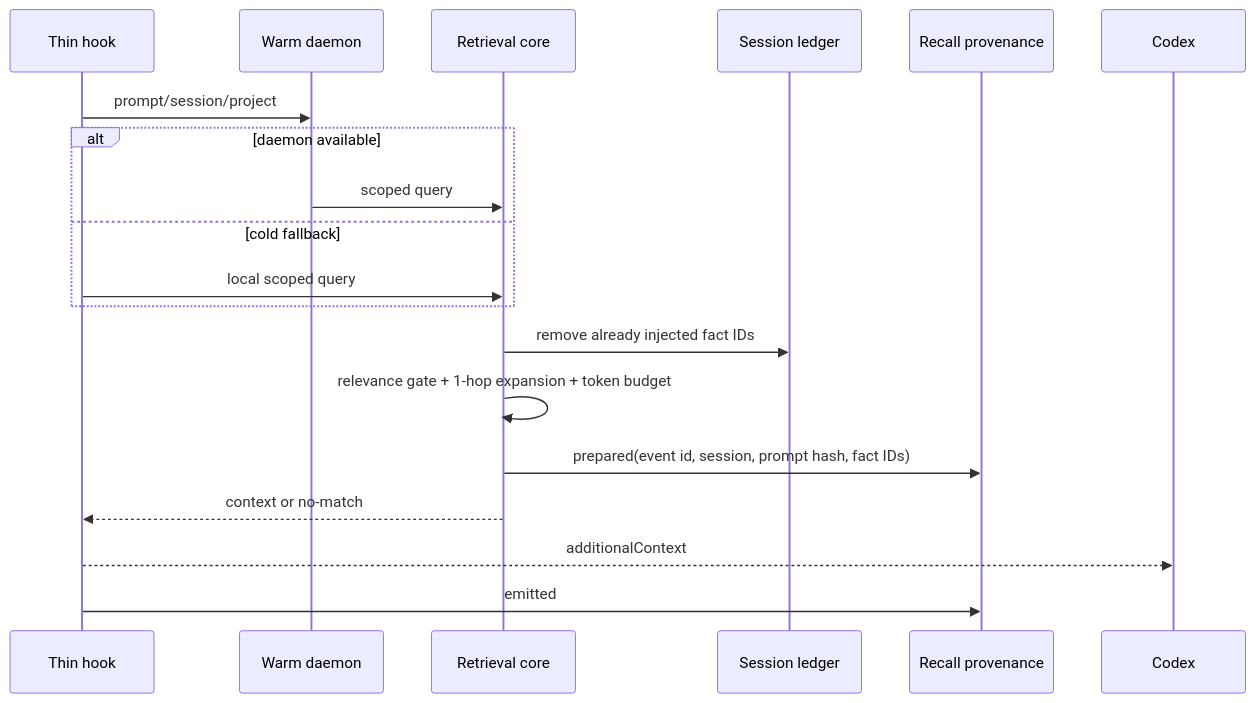
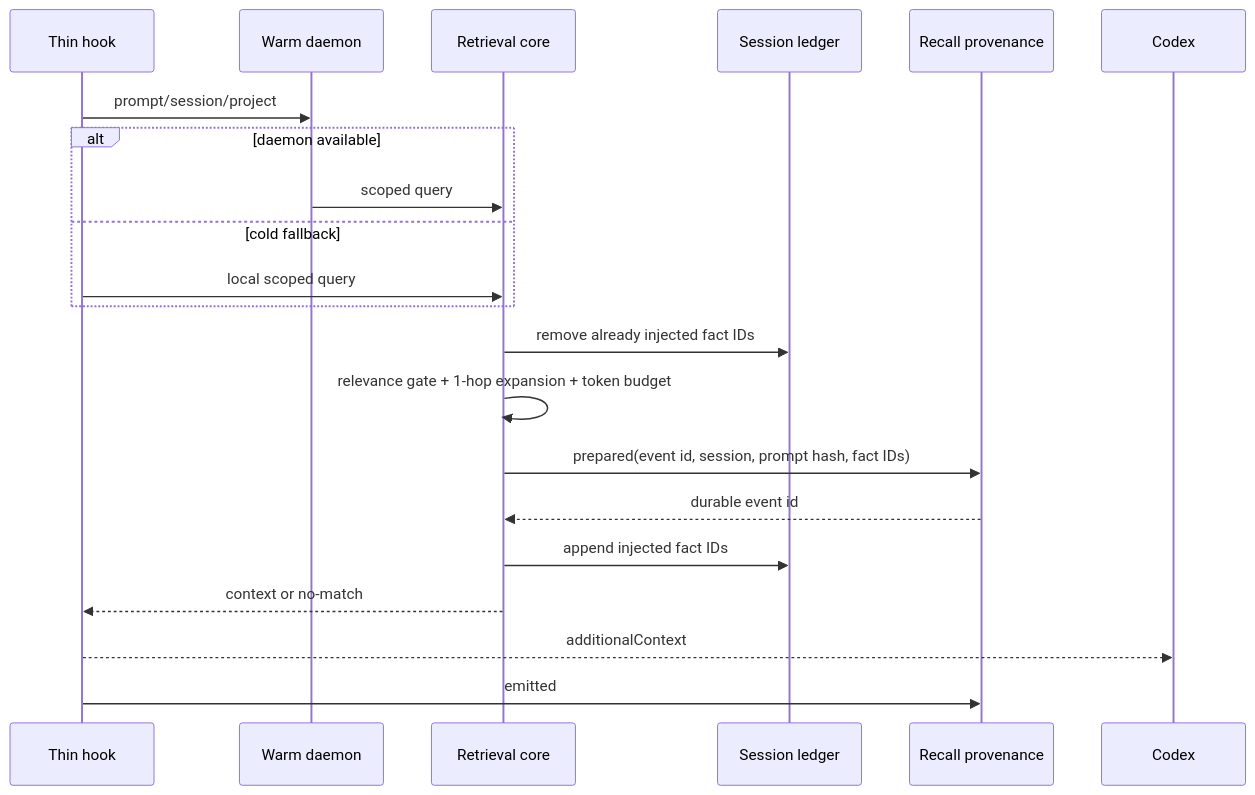
One commit to BongSuCHOI/memex changed the second of 3 diagrams in docs/RETRIEVAL-AND-CONTEXT.md. Above: the diagram before and after it, drawn with Mermaid. The commit also changed other lines of this file and 5 other files, not shown here.

````diff
--- a/docs/RETRIEVAL-AND-CONTEXT.md
+++ b/docs/RETRIEVAL-AND-CONTEXT.md
@@ -31,21 +31,23 @@
 ```mermaid
 sequenceDiagram
     participant H as Thin hook
     participant D as Warm daemon
     participant R as Retrieval core
     participant L as Session ledger
     participant P as Recall provenance
     participant C as Codex
     H->>D: prompt/session/project
     alt daemon available
       D->>R: scoped query
     else cold fallback
       H->>R: local scoped query
     end
     R->>L: remove already injected fact IDs
     R->>R: relevance gate + 1-hop expansion + token budget
     R->>P: prepared(event id, session, prompt hash, fact IDs)
+    P-->>R: durable event id
+    R->>L: append injected fact IDs
     R-->>H: context or no-match
     H-->>C: additionalContext
     H->>P: emitted
 ```
````
